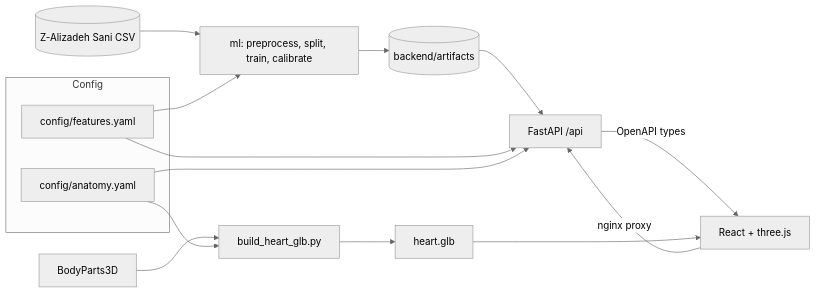
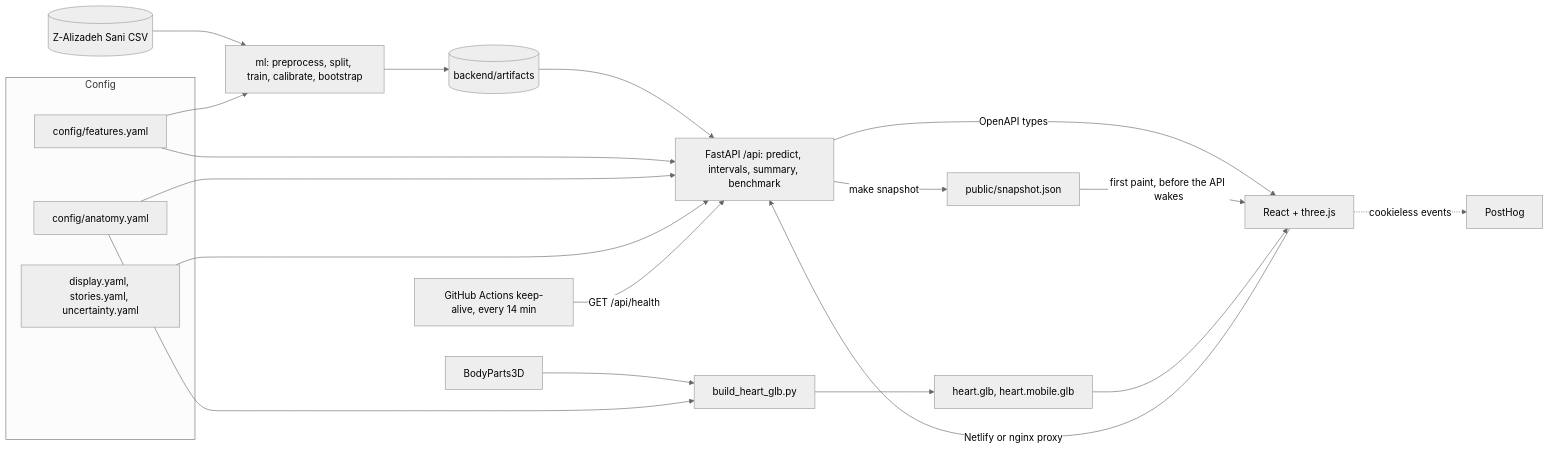
The diagram in README.md (Sam-Titan/MyoGraph-3D), drawn with Mermaid (neutral theme) before and after one commit. The commit also changed other lines of this file and 7 other files, not shown here.

````diff
--- a/README.md
+++ b/README.md
@@ -220,18 +256,24 @@
 ```mermaid
 flowchart LR
   subgraph Config
     F[config/features.yaml]
     A[config/anatomy.yaml]
+    DS[display.yaml, stories.yaml, uncertainty.yaml]
   end
-  D[(Z-Alizadeh Sani CSV)] --> T[ml: preprocess, split, train, calibrate]
+  D[(Z-Alizadeh Sani CSV)] --> T[ml: preprocess, split, train, calibrate, bootstrap]
   F --> T
   T --> ART[(backend/artifacts)]
-  ART --> API[FastAPI /api]
+  ART --> API["FastAPI /api: predict, intervals, summary, benchmark"]
   F --> API
   A --> API
-  BP[BodyParts3D] --> G[build_heart_glb.py] --> GLB[heart.glb]
+  DS --> API
+  API -->|make snapshot| SNAP[public/snapshot.json]
+  BP[BodyParts3D] --> G[build_heart_glb.py] --> GLB[heart.glb, heart.mobile.glb]
   A --> G
   API -->|OpenAPI types| UI[React + three.js]
+  SNAP -->|first paint, before the API wakes| UI
   GLB --> UI
-  UI -->|nginx proxy| API
+  UI -->|Netlify or nginx proxy| API
+  KA[GitHub Actions keep-alive, every 14 min] -->|GET /api/health| API
+  UI -.->|cookieless events| PH[PostHog]
 ```
````
